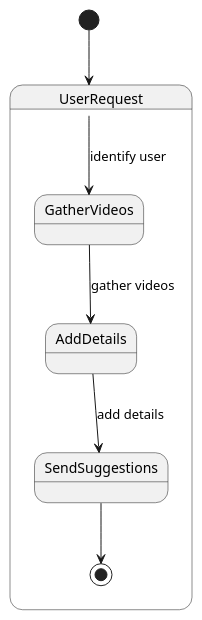
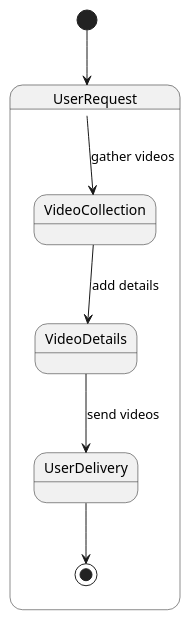
One commit to maimunafaria/State_transition_Diagram_generated_by_LLM changed the diagram in valid_diagrams/Qwen_2.5_7B/syntax_grounded_repair/case_41_video_suggestion_system/diagram.puml. Above: the diagram before and after it, drawn with PlantUML. The commit also changed 34 other files, not shown here.

```diff
--- a/valid_diagrams/Qwen_2.5_7B/syntax_grounded_repair/case_41_video_suggestion_system/diagram.puml
+++ b/valid_diagrams/Qwen_2.5_7B/syntax_grounded_repair/case_41_video_suggestion_system/diagram.puml
@@ -1,9 +1,9 @@
 @startuml
 [*] --> UserRequest
 state UserRequest {
-  UserRequest --> GatherVideos : identify user
-  GatherVideos --> AddDetails : gather videos
-  AddDetails --> SendSuggestions : add details
-  SendSuggestions --> [*]
+  UserRequest --> VideoCollection : gather videos
+  VideoCollection --> VideoDetails : add details
+  VideoDetails --> UserDelivery : send videos
+  UserDelivery --> [*]
 }
 @enduml
```
